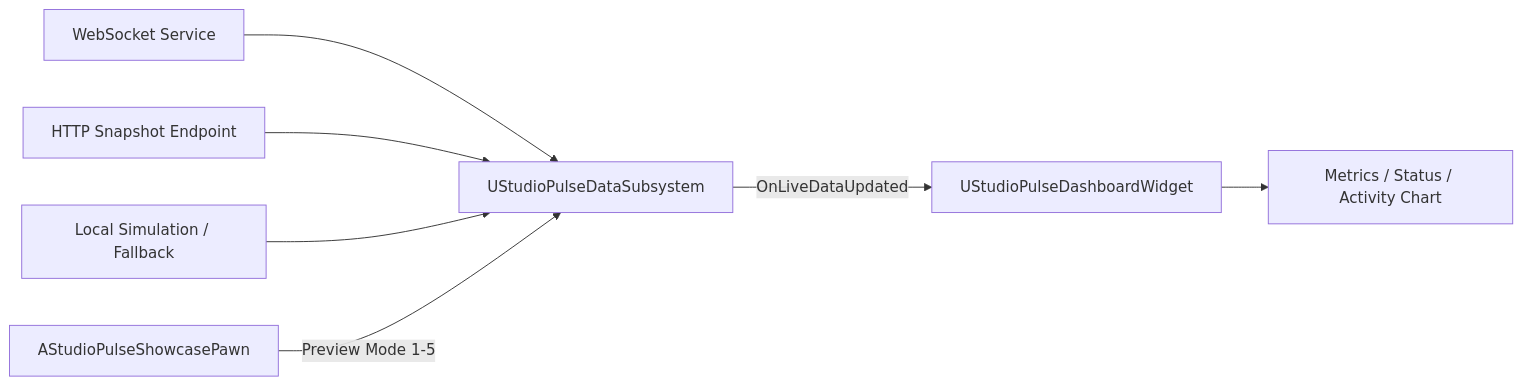
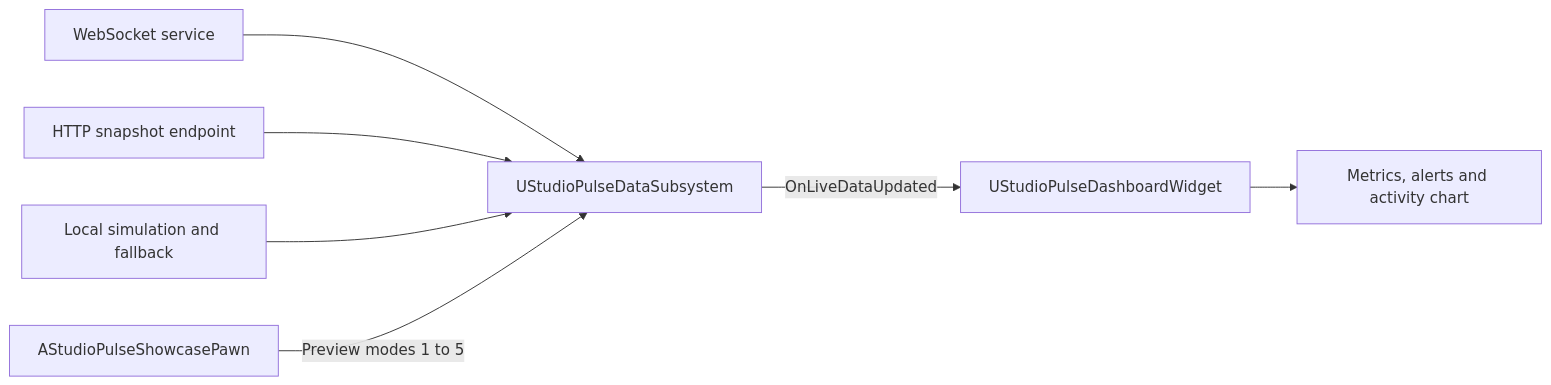
Before and after one commit to milenastrahova/StudioPulse: the diagram in README.md, drawn with Mermaid. The commit also changed other lines of this file and 9 other files, not shown here.

````diff
--- a/README.md
+++ b/README.md
@@ -49,11 +35,11 @@
 ```mermaid
 flowchart LR
-    WS[WebSocket Service] --> DS[UStudioPulseDataSubsystem]
-    HTTP[HTTP Snapshot Endpoint] --> DS
-    SIM[Local Simulation / Fallback] --> DS
+    WS[WebSocket service] --> DS[UStudioPulseDataSubsystem]
+    HTTP[HTTP snapshot endpoint] --> DS
+    SIM[Local simulation and fallback] --> DS
 
     DS -->|OnLiveDataUpdated| UI[UStudioPulseDashboardWidget]
-    INPUT[AStudioPulseShowcasePawn] -->|Preview Mode 1-5| DS
+    INPUT[AStudioPulseShowcasePawn] -->|Preview modes 1 to 5| DS
 
-    UI --> METRICS[Metrics / Status / Activity Chart]
+    UI --> METRICS[Metrics, alerts and activity chart]
 ```
````
